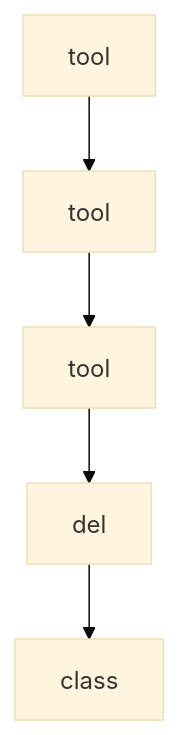
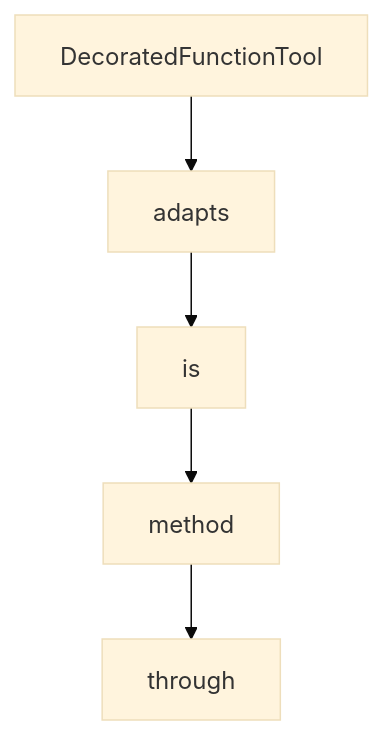
The diagram in tutorials/strands-agents-tutorial/03-tools-and-mcp-integration.md (johnxie/awesome-code-docs), drawn with Mermaid (base theme) before and after one commit. The commit also changed other lines of this file and 1232 other files, not shown here.

````diff
--- a/tutorials/strands-agents-tutorial/03-tools-and-mcp-integration.md
+++ b/tutorials/strands-agents-tutorial/03-tools-and-mcp-integration.md
@@ -216,12 +214,12 @@
 ```mermaid
 flowchart TD
-    A[tool]
-    B[tool]
-    C[tool]
-    D[del]
-    E[class]
+    A[DecoratedFunctionTool]
+    B[adapts]
+    C[is]
+    D[method]
+    E[through]
     A --> B
     B --> C
     C --> D
     D --> E
 ```
````
